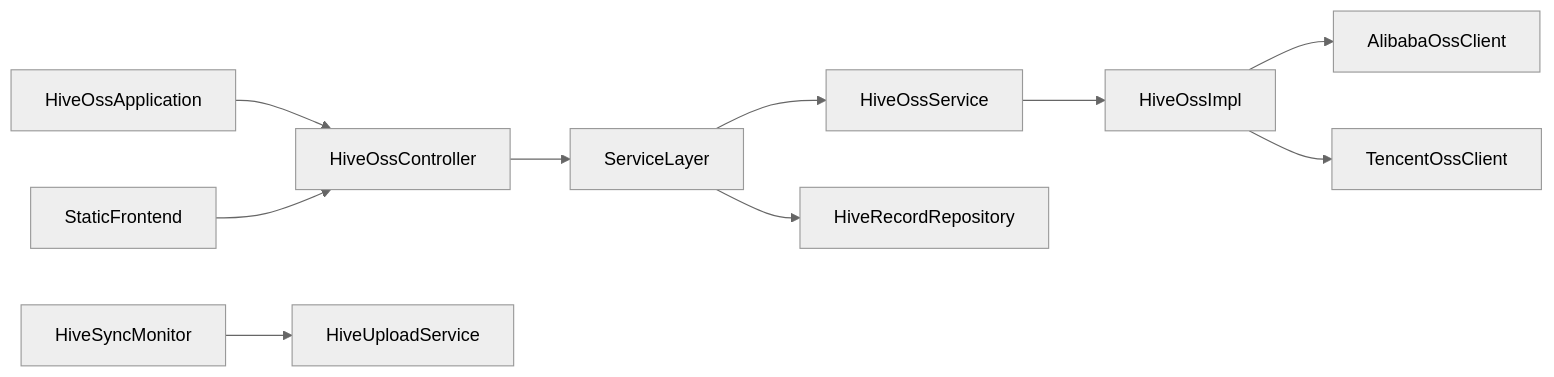
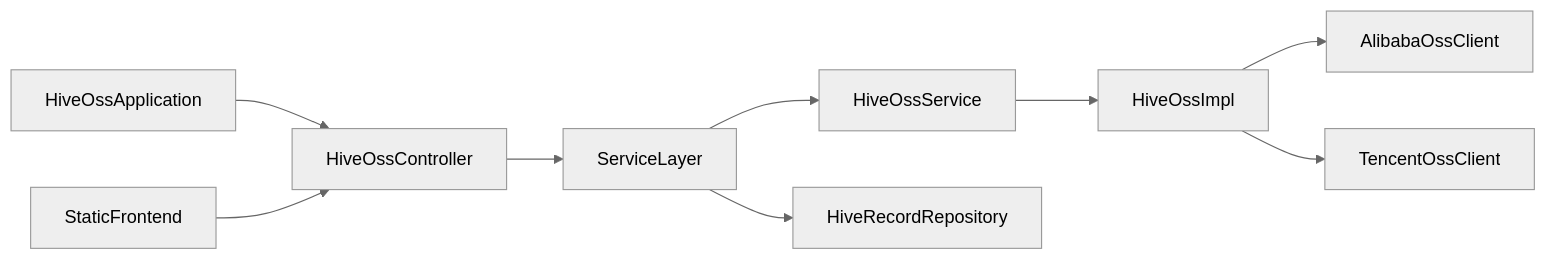
One commit to yliang01/hive-oss changed the diagram in README.md. Above: the diagram before and after it, drawn with Mermaid (neutral theme). The commit also changed other lines of this file and 8 other files, not shown here.

````diff
--- a/README.md
+++ b/README.md
@@ -11,12 +11,11 @@
 ```mermaid
 flowchart LR
   mainApp[HiveOssApplication] --> apiController[HiveOssController]
   apiController --> serviceLayer[ServiceLayer]
   serviceLayer --> ossFacade[HiveOssService]
   ossFacade --> vendorImpl[HiveOssImpl]
   vendorImpl --> alibabaClient[AlibabaOssClient]
   vendorImpl --> tencentClient[TencentOssClient]
   serviceLayer --> recordRepo[HiveRecordRepository]
-  uploadWatcher[HiveSyncMonitor] --> uploadService[HiveUploadService]
   staticUi[StaticFrontend] --> apiController
 ```
````
